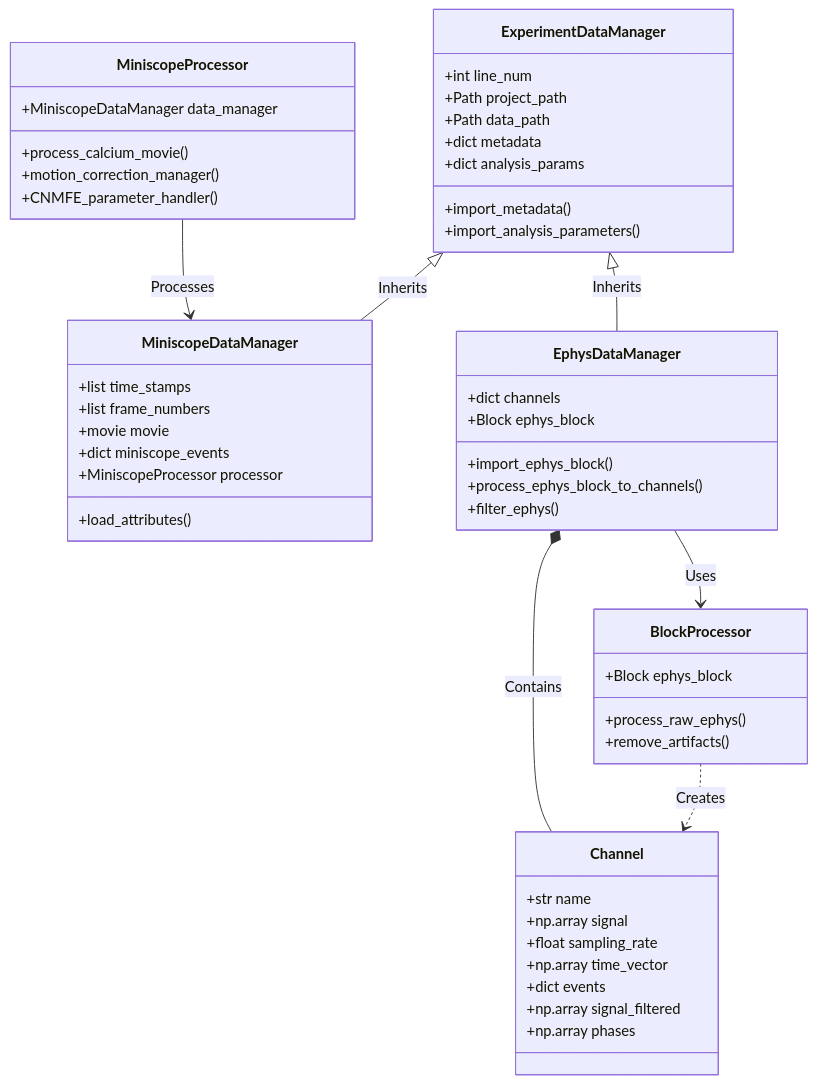
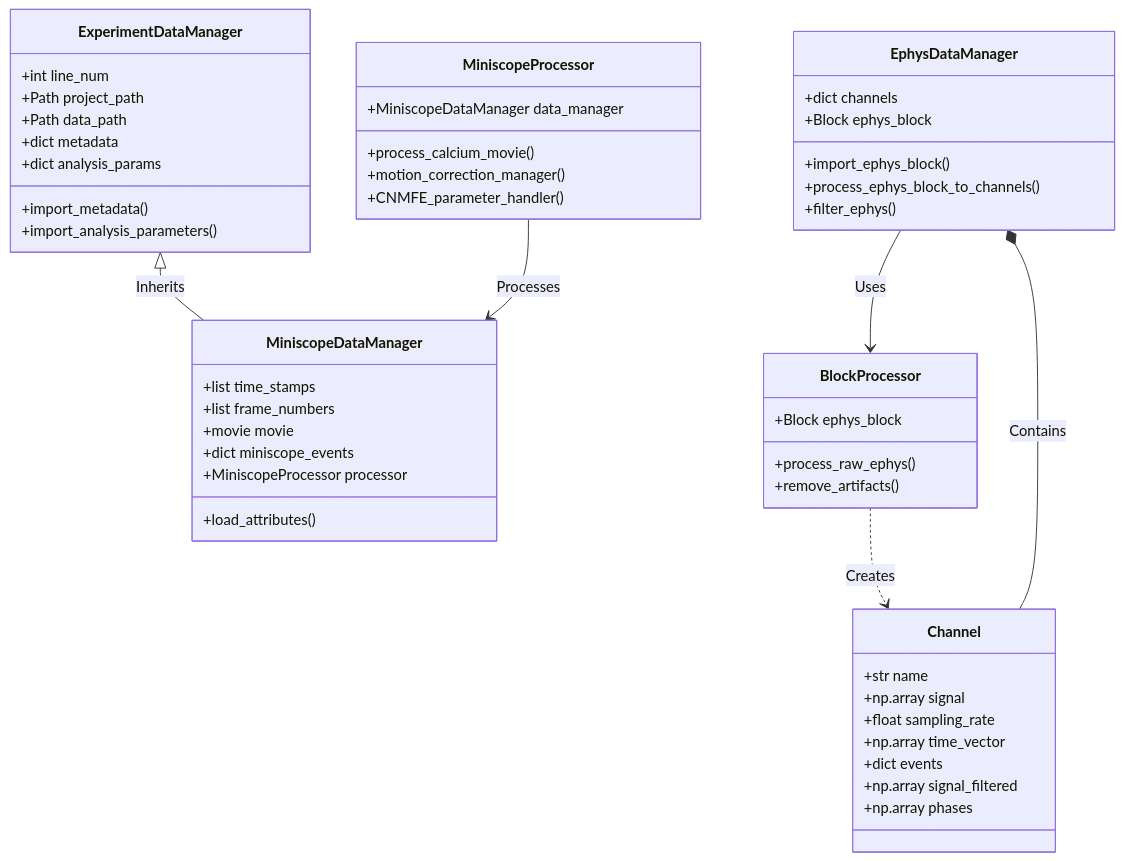
The diagram in README.md (reedpen/ace), drawn with Mermaid before and after one commit. The commit also changed other lines of this file and 19 other files, not shown here.

````diff
--- a/README.md
+++ b/README.md
@@ -23,59 +23,58 @@
 ```mermaid
 classDiagram
     class ExperimentDataManager {
         +int line_num
         +Path project_path
         +Path data_path
         +dict metadata
         +dict analysis_params
         +import_metadata()
         +import_analysis_parameters()
     }
 
     class MiniscopeDataManager {
         +list time_stamps
         +list frame_numbers
         +movie movie
         +dict miniscope_events
         +MiniscopeProcessor processor
         +load_attributes()
     }
 
     class EphysDataManager {
         +dict channels
         +Block ephys_block
         +import_ephys_block()
         +process_ephys_block_to_channels()
         +filter_ephys()
     }
 
     class Channel {
         +str name
         +np.array signal
         +float sampling_rate
         +np.array time_vector
         +dict events
         +np.array signal_filtered
         +np.array phases
     }
 
     class MiniscopeProcessor {
         +MiniscopeDataManager data_manager
         +process_calcium_movie()
         +motion_correction_manager()
         +CNMFE_parameter_handler()
     }
 
     class BlockProcessor {
         +Block ephys_block
         +process_raw_ephys()
         +remove_artifacts()
     }
 
     ExperimentDataManager <|-- MiniscopeDataManager : Inherits
-    ExperimentDataManager <|-- EphysDataManager : Inherits
     EphysDataManager --> BlockProcessor : Uses
     BlockProcessor ..> Channel : Creates
     EphysDataManager *-- Channel : Contains
     MiniscopeProcessor --> MiniscopeDataManager : Processes
 ```
````
